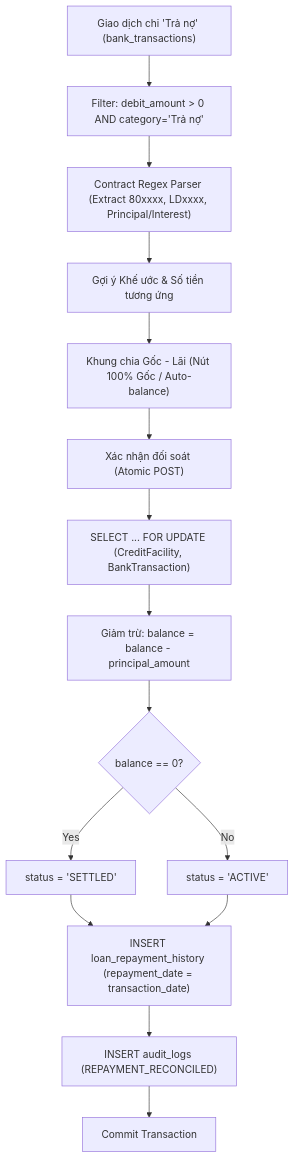
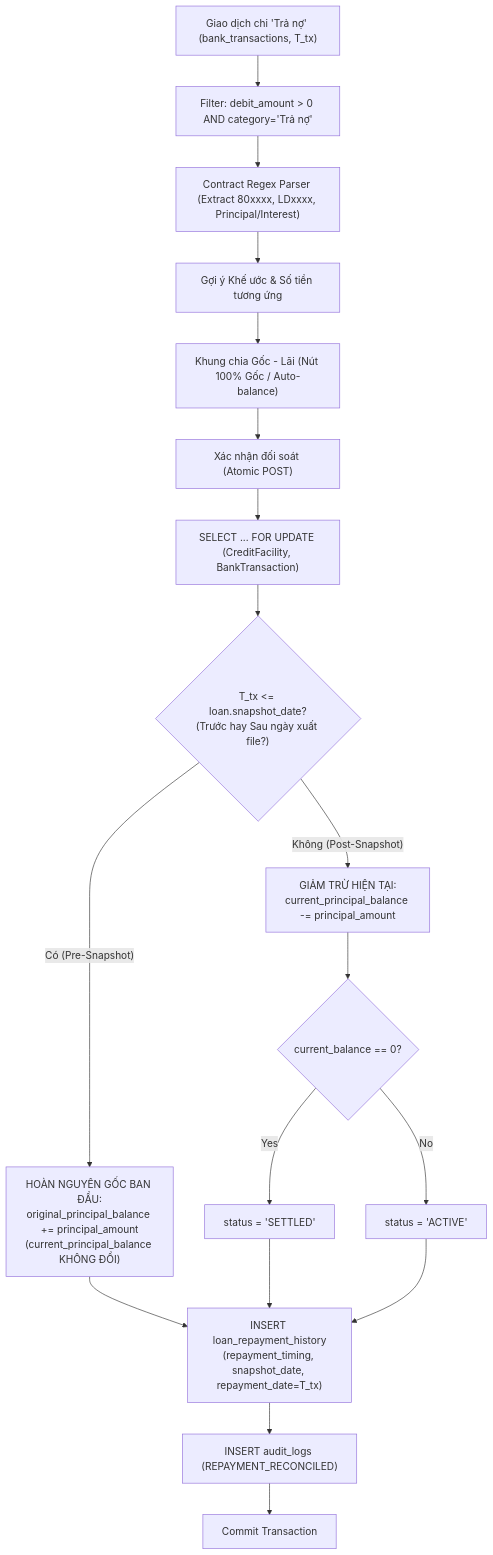
Before and after one commit to nlcnhung024/treasury_system: the sixth of 6 diagrams in docs/SAD.md, drawn with Mermaid. The commit also changed other lines of this file and 122 other files, not shown here.

````diff
--- a/docs/SAD.md
+++ b/docs/SAD.md
@@ -646,17 +746,24 @@
 ```mermaid
 flowchart TD
-    TX["Giao dịch chi 'Trả nợ' (bank_transactions)"] --> Filter["Filter: debit_amount > 0 AND category='Trả nợ'"]
+    TX["Giao dịch chi 'Trả nợ' (bank_transactions, T_tx)"] --> Filter["Filter: debit_amount > 0 AND category='Trả nợ'"]
     Filter --> RegexParser["Contract Regex Parser (Extract 80xxxx, LDxxxx, Principal/Interest)"]
     RegexParser --> Suggest["Gợi ý Khế ước & Số tiền tương ứng"]
     Suggest --> ModalUI["Khung chia Gốc - Lãi (Nút 100% Gốc / Auto-balance)"]
     ModalUI --> Submit["Xác nhận đối soát (Atomic POST)"]
     Submit --> DB_Lock["SELECT ... FOR UPDATE (CreditFacility, BankTransaction)"]
-    DB_Lock --> UpdateBalance["Giảm trừ: balance = balance - principal_amount"]
-    UpdateBalance --> SettleCheck{"balance == 0?"}
+    DB_Lock --> TimingCheck{"T_tx <= loan.snapshot_date?<br/>(Trước hay Sau ngày xuất file?)"}
+    
+    TimingCheck -->|"Có (Pre-Snapshot)"| PreSnap["HOÀN NGUYÊN GỐC BAN ĐẦU:<br/>original_principal_balance += principal_amount<br/>(current_principal_balance KHÔNG ĐỔI)"]
+    TimingCheck -->|"Không (Post-Snapshot)"| PostSnap["GIẢM TRỪ HIỆN TẠI:<br/>current_principal_balance -= principal_amount"]
+    
+    PostSnap --> SettleCheck{"current_balance == 0?"}
     SettleCheck -->|Yes| SetSettled["status = 'SETTLED'"]
     SettleCheck -->|No| KeepActive["status = 'ACTIVE'"]
-    SetSettled --> InsertHist["INSERT loan_repayment_history (repayment_date = transaction_date)"]
+    
+    PreSnap --> InsertHist["INSERT loan_repayment_history<br/>(repayment_timing, snapshot_date, repayment_date=T_tx)"]
+    SetSettled --> InsertHist
     KeepActive --> InsertHist
+    
     InsertHist --> AuditLog["INSERT audit_logs (REPAYMENT_RECONCILED)"]
     AuditLog --> Commit["Commit Transaction"]
 ```
````
